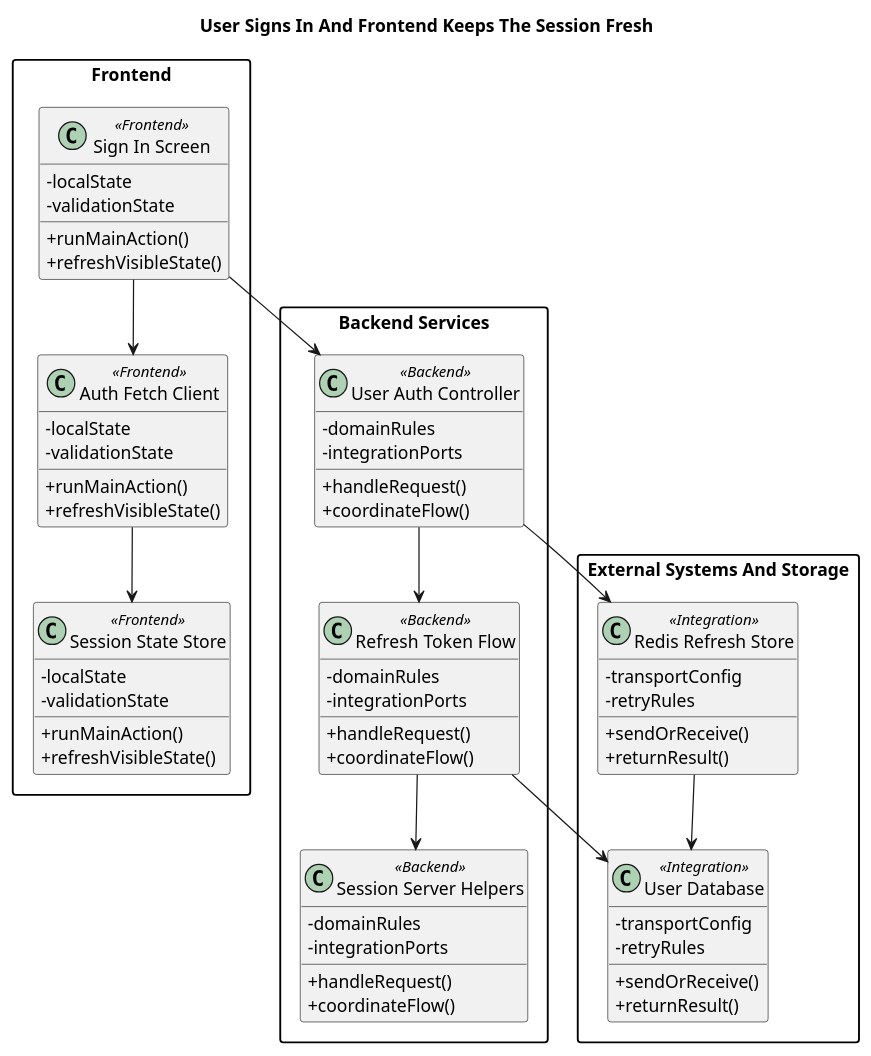
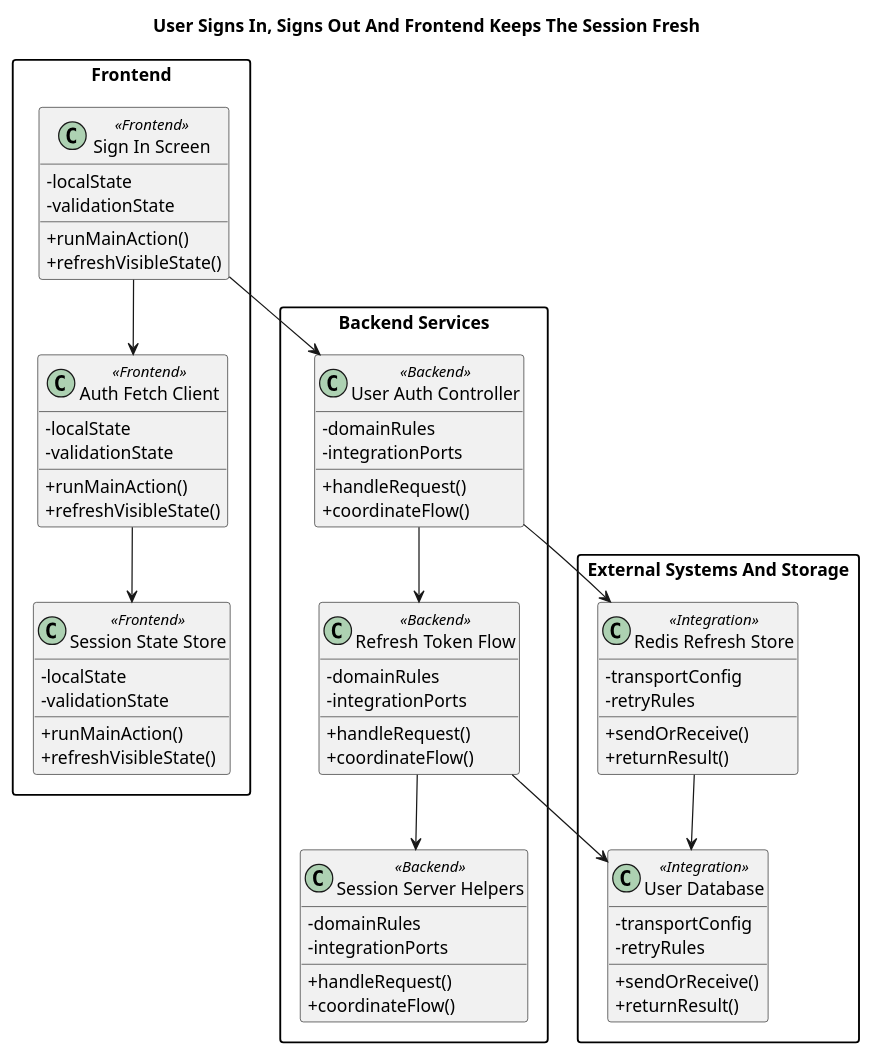
The first of 2 diagrams in plantuml/features/meai-user-sign-in-and-session-refresh.puml (VKev/MeAI-BE), drawn with PlantUML before and after one commit. The commit also changed other lines of this file and 9 other files, not shown here.

```diff
--- a/plantuml/features/meai-user-sign-in-and-session-refresh.puml
+++ b/plantuml/features/meai-user-sign-in-and-session-refresh.puml
@@ -1,69 +1,69 @@
 @startuml
-title User Signs In And Frontend Keeps The Session Fresh
+title User Signs In, Signs Out And Frontend Keeps The Session Fresh
 skinparam shadowing false
 skinparam classAttributeIconSize 0
 skinparam packageStyle rectangle
 hide empty members
 package "Frontend" {
 class "Sign In Screen" as FE1 <<Frontend>> {
   +runMainAction()
   +refreshVisibleState()
   -localState
   -validationState
 }
 class "Auth Fetch Client" as FE2 <<Frontend>> {
   +runMainAction()
   +refreshVisibleState()
   -localState
   -validationState
 }
 class "Session State Store" as FE3 <<Frontend>> {
   +runMainAction()
   +refreshVisibleState()
   -localState
   -validationState
 }
 }
 package "Backend Services" {
 class "User Auth Controller" as BE1 <<Backend>> {
   +handleRequest()
   +coordinateFlow()
   -domainRules
   -integrationPorts
 }
 class "Refresh Token Flow" as BE2 <<Backend>> {
   +handleRequest()
   +coordinateFlow()
   -domainRules
   -integrationPorts
 }
 class "Session Server Helpers" as BE3 <<Backend>> {
   +handleRequest()
   +coordinateFlow()
   -domainRules
   -integrationPorts
 }
 }
 package "External Systems And Storage" {
 class "Redis Refresh Store" as INT1 <<Integration>> {
   +sendOrReceive()
   +returnResult()
   -transportConfig
   -retryRules
 }
 class "User Database" as INT2 <<Integration>> {
   +sendOrReceive()
   +returnResult()
   -transportConfig
   -retryRules
 }
 }
 FE1 --> FE2
 FE2 --> FE3
 FE1 --> BE1
 BE1 --> BE2
 BE2 --> BE3
 BE1 --> INT1
 BE2 --> INT2
 INT1 --> INT2
 @enduml
```
